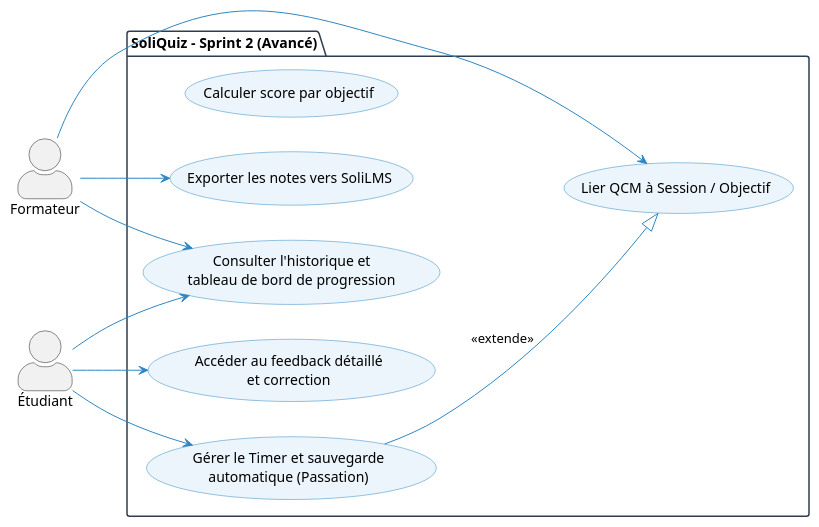
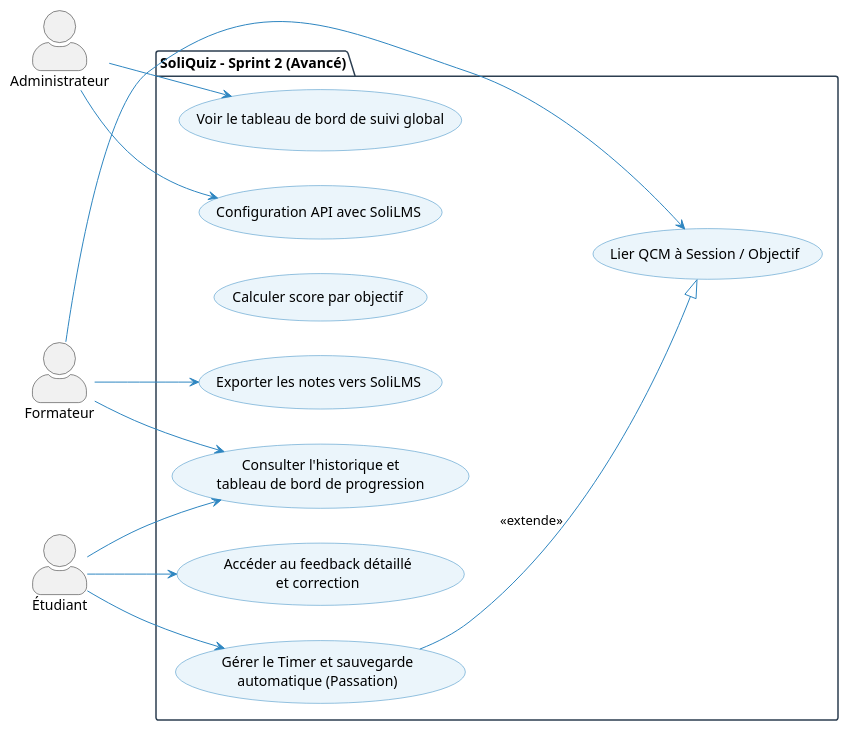
The diagram in cas-utilisation/cas-utilisation-sprint-2-avance.puml (SoliQuiz/Analyse), drawn with PlantUML before and after one commit. The commit also changed 11 other files, not shown here.

Commit message:
docs: Add user research, use case diagrams, and sprint definitions.

```diff
--- a/cas-utilisation/cas-utilisation-sprint-2-avance.puml
+++ b/cas-utilisation/cas-utilisation-sprint-2-avance.puml
@@ -1,37 +1,43 @@
 @startuml
 skinparam actorStyle awesome
 left to right direction
 
 skinparam package {
     BackgroundColor White
     BorderColor #2C3E50
 }
 
 skinparam usecase {
     BackgroundColor #EBF5FB
     BorderColor #2E86C1
     ArrowColor #2E86C1
 }
 
+actor "Administrateur" as A
 actor "Formateur" as F
 actor "Étudiant" as E
 
 package "SoliQuiz - Sprint 2 (Avancé)" {
+    usecase "Voir le tableau de bord de suivi global" as UC2_7
+    usecase "Configuration API avec SoliLMS" as UC2_8
     usecase "Lier QCM à Session / Objectif" as UC2_1
     usecase "Calculer score par objectif" as UC2_2
     usecase "Accéder au feedback détaillé\net correction" as UC2_3
     usecase "Consulter l'historique et\ntableau de bord de progression" as UC2_4
     usecase "Gérer le Timer et sauvegarde\nautomatique (Passation)" as UC2_5
     usecase "Exporter les notes vers SoliLMS" as UC2_6
 }
+
+A --> UC2_7
+A --> UC2_8
 
 F --> UC2_1
 F --> UC2_4
 F --> UC2_6
 
 E --> UC2_3
 E --> UC2_4
 E --> UC2_5
 
 UC2_5 --|> UC2_1 : <<extende>>
 @enduml
```
